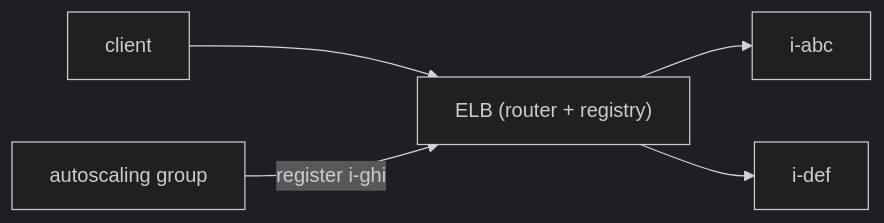
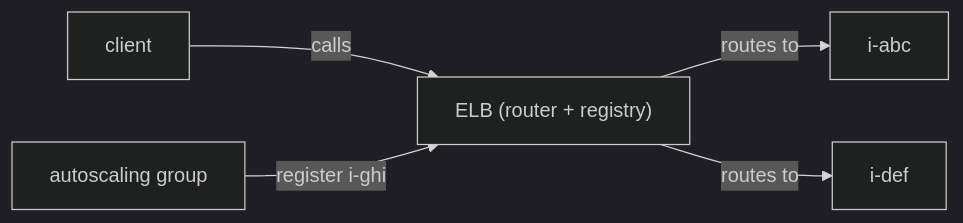
Diagram 11 of 14 in docs/ch11-server-side-discovery.md (vinayakuber/microservices-io-study-guide), drawn with Mermaid (dark theme) before and after one commit. The commit also changed other lines of this file and 71 other files, not shown here.

First line of the commit message:
R18: label every diagram arrow with its meaning

````diff
--- a/docs/ch11-server-side-discovery.md
+++ b/docs/ch11-server-side-discovery.md
@@ -360,7 +360,7 @@
 ```mermaid
 flowchart LR
-  C["client"] --> ELB["ELB (router + registry)"]
-  ELB --> I1["i-abc"]
-  ELB --> I2["i-def"]
+  C["client"] -->|"calls"| ELB["ELB (router + registry)"]
+  ELB -->|"routes to"| I1["i-abc"]
+  ELB -->|"routes to"| I2["i-def"]
   ASG["autoscaling group"] -->|"register i-ghi"| ELB
 ```
````
